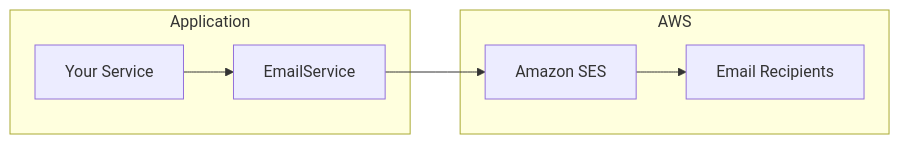
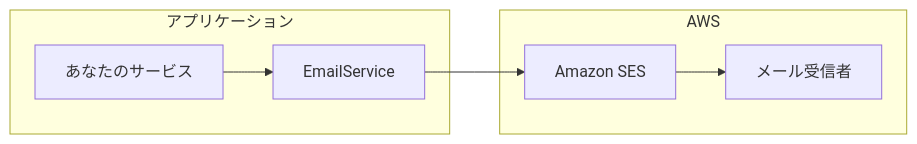
One commit to mbc-net/mbc-cqrs-serverless-doc changed the diagram in i18n/ja/docusaurus-plugin-content-docs/current/notification-module.md. Above: the diagram before and after it, drawn with Mermaid. The commit also changed other lines of this file and 3 other files, not shown here.

````diff
--- a/i18n/ja/docusaurus-plugin-content-docs/current/notification-module.md
+++ b/i18n/ja/docusaurus-plugin-content-docs/current/notification-module.md
@@ -11,11 +11,11 @@
 ```mermaid
 graph LR
-    subgraph "Application"
-        A["Your Service"] --> B["EmailService"]
+    subgraph "アプリケーション"
+        A["あなたのサービス"] --> B["EmailService"]
     end
 
     subgraph "AWS"
         B --> C["Amazon SES"]
-        C --> D["Email Recipients"]
+        C --> D["メール受信者"]
     end
 ```
````
